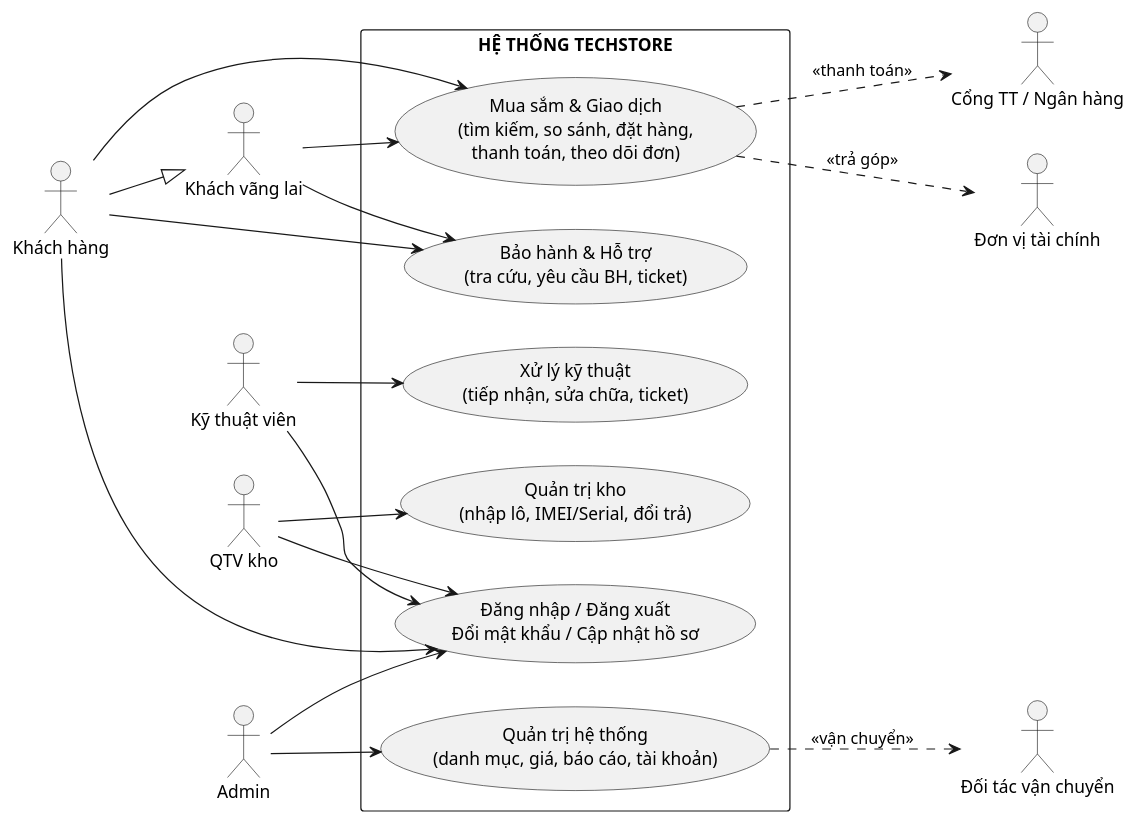
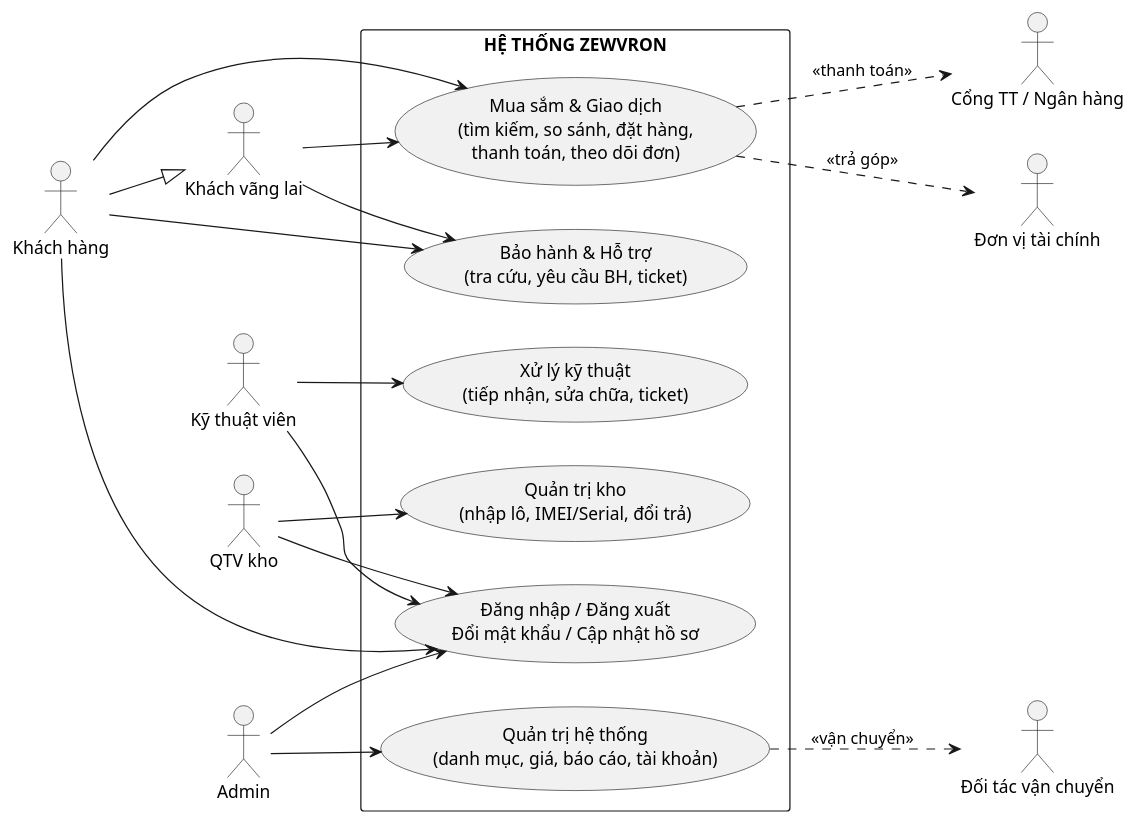
Before and after one commit to trantungzm/techstore-: the seventh of 11 diagrams in docs/file/SoDo_PlantUML.md, drawn with PlantUML. The commit also changed other lines of this file and 1394 other files, not shown here.

````diff
--- a/docs/file/SoDo_PlantUML.md
+++ b/docs/file/SoDo_PlantUML.md
@@ -188,40 +188,40 @@
 ```plantuml
 @startuml
 left to right direction
 skinparam packageStyle rectangle
 actor "Khách hàng" as C
 actor "Khách vãng lai" as G
 actor "Kỹ thuật viên" as T
 actor "QTV kho" as W
 actor "Admin" as A
 actor "Đơn vị tài chính" as F
 actor "Cổng TT / Ngân hàng" as P
 actor "Đối tác vận chuyển" as S
 
 C --|> G
 
-rectangle "HỆ THỐNG TECHSTORE" {
+rectangle "HỆ THỐNG ZEWVRON" {
   usecase "Đăng nhập / Đăng xuất\nĐổi mật khẩu / Cập nhật hồ sơ" as UG
   usecase "Mua sắm & Giao dịch\n(tìm kiếm, so sánh, đặt hàng,\nthanh toán, theo dõi đơn)" as UC_SHOP
   usecase "Bảo hành & Hỗ trợ\n(tra cứu, yêu cầu BH, ticket)" as UC_WAR
   usecase "Xử lý kỹ thuật\n(tiếp nhận, sửa chữa, ticket)" as UC_TECH
   usecase "Quản trị kho\n(nhập lô, IMEI/Serial, đổi trả)" as UC_INV
   usecase "Quản trị hệ thống\n(danh mục, giá, báo cáo, tài khoản)" as UC_ADM
 }
 
 G --> UC_SHOP
 G --> UC_WAR
 C --> UG
 C --> UC_SHOP
 C --> UC_WAR
 T --> UG
 T --> UC_TECH
 W --> UG
 W --> UC_INV
 A --> UG
 A --> UC_ADM
 UC_SHOP ..> F : <<trả góp>>
 UC_SHOP ..> P : <<thanh toán>>
 UC_ADM ..> S : <<vận chuyển>>
 @enduml
 ```
````
